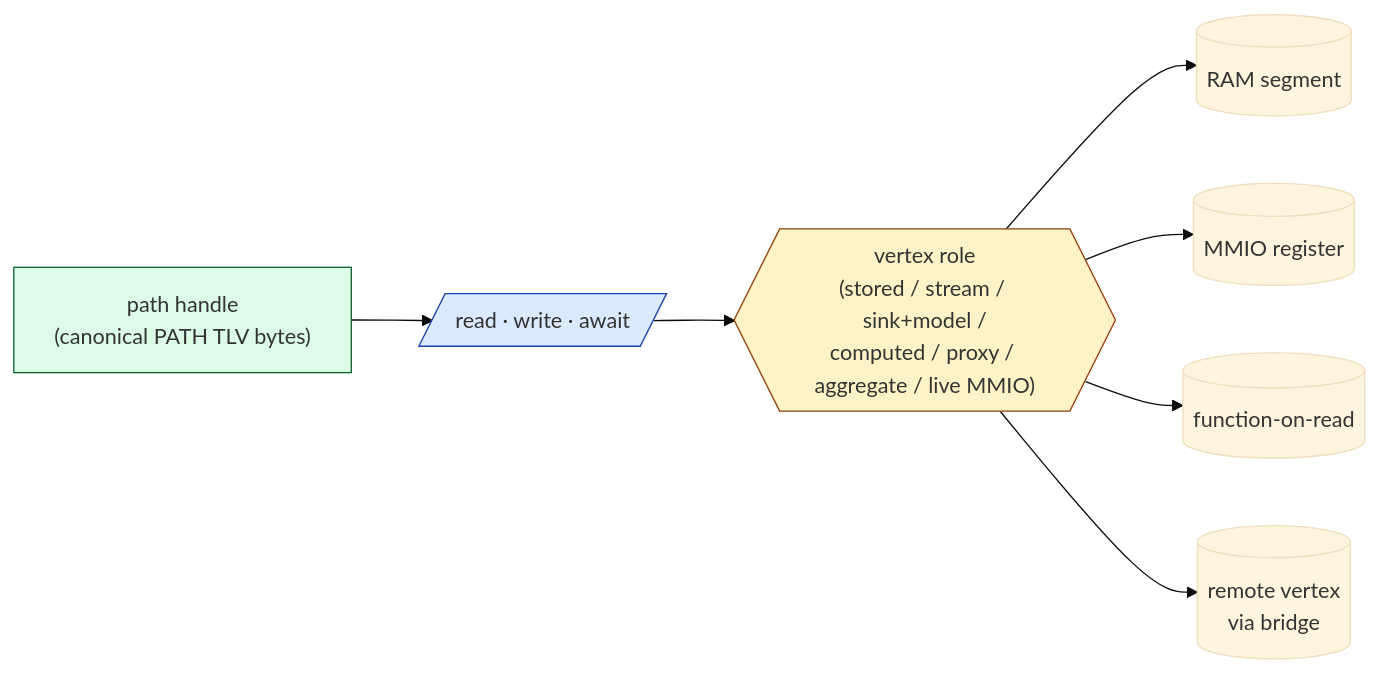
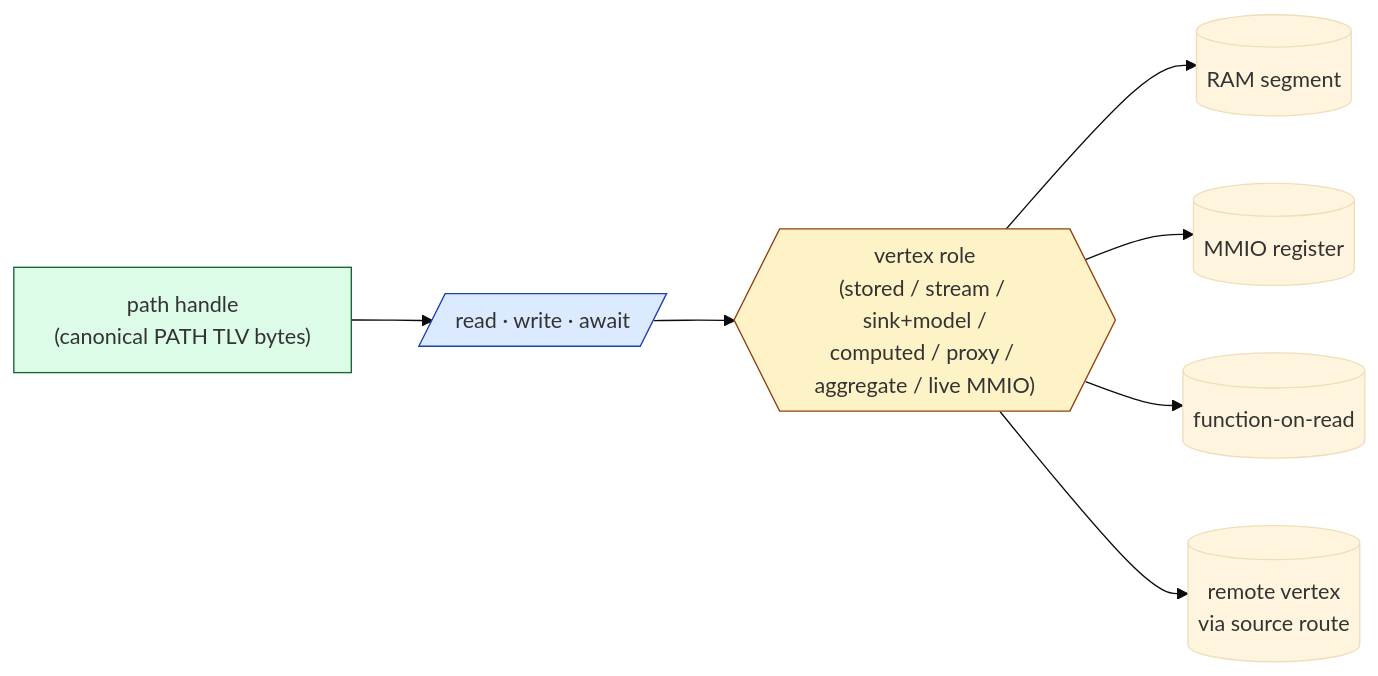
One commit to avatarsd-llc/libtracer changed the diagram in docs/reference/11-vertex-roles-and-aggregation.md. Above: the diagram before and after it, drawn with Mermaid (base theme). The commit also changed other lines of this file and 22 other files, not shown here.

````diff
--- a/docs/reference/11-vertex-roles-and-aggregation.md
+++ b/docs/reference/11-vertex-roles-and-aggregation.md
@@ -25,19 +25,19 @@
 ```mermaid
 flowchart LR
     H["path handle<br/>(canonical PATH TLV bytes)"]
     API[/"read · write · await"/]
     R{{"vertex role<br/>(stored / stream / sink+model /<br/>computed / proxy / aggregate / live MMIO)"}}
     BACK1[("RAM segment")]
     BACK2[("MMIO register")]
     BACK3[("function-on-read")]
-    BACK4[("remote vertex<br/>via bridge")]
+    BACK4[("remote vertex<br/>via source route")]
     H --> API
     API --> R
     R --> BACK1
     R --> BACK2
     R --> BACK3
     R --> BACK4
     style H fill:#dcfce7,stroke:#166534
     style API fill:#dbeafe,stroke:#1e40af
     style R fill:#fef3c7,stroke:#92400e
 ```
````
